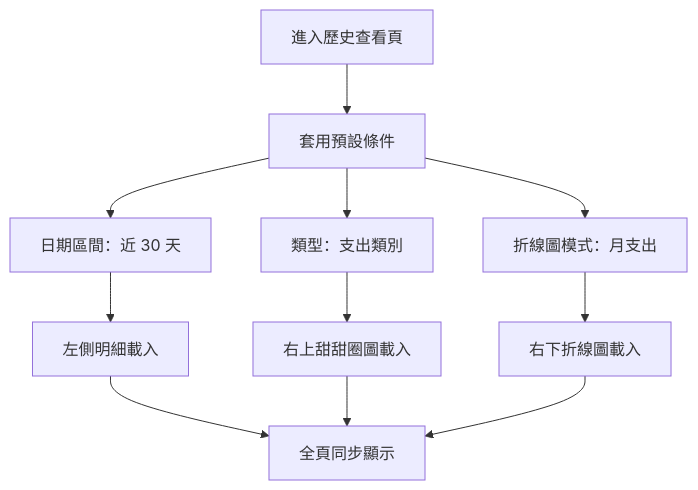
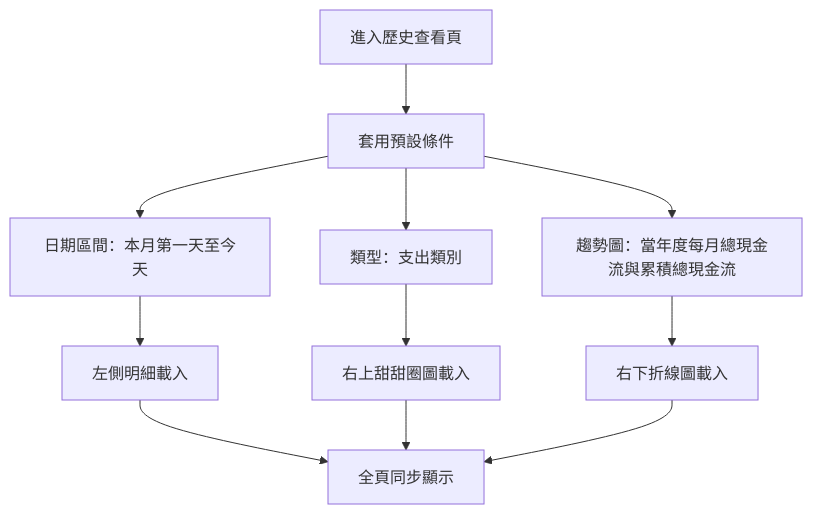
Before and after one commit to ivyliu1201/personal-accounting-app: the fifth of 12 diagrams in FLOW.md, drawn with Mermaid. The commit also changed other lines of this file and 3 other files, not shown here.

Commit message:
Document cash flow chart requirements

````diff
--- a/FLOW.md
+++ b/FLOW.md
@@ -52,13 +63,13 @@
 ```mermaid
 flowchart TD
 A[進入歷史查看頁] --> B[套用預設條件]
-B --> C[日期區間：近 30 天]
+B --> C[日期區間：本月第一天至今天]
 B --> D[類型：支出類別]
-B --> E[折線圖模式：月支出]
+B --> E[趨勢圖：當年度每月總現金流與累積總現金流]
 C --> F[左側明細載入]
 D --> G[右上甜甜圈圖載入]
 E --> H[右下折線圖載入]
 F --> I[全頁同步顯示]
 G --> I
 H --> I
 ```
````
